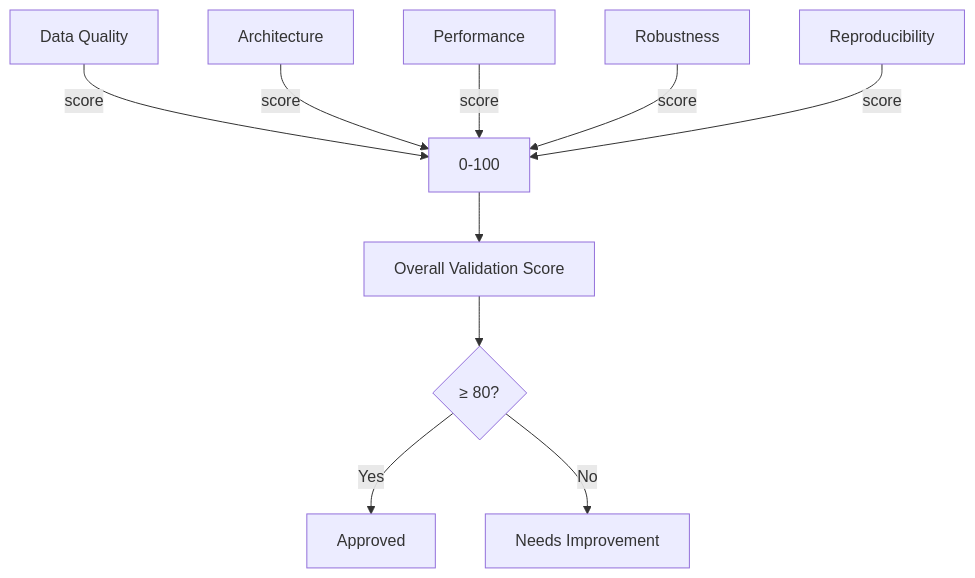
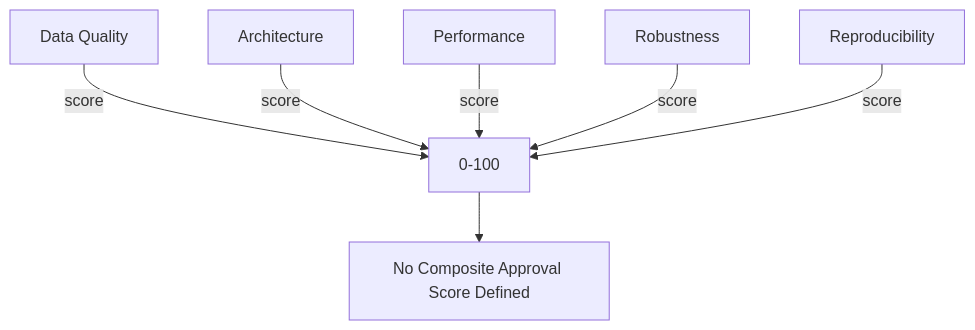
Before and after one commit to Evintkoo/2048-ml: the fifth of 7 diagrams in plans/09-Quality/02-Validation/01-model-validation.md, drawn with Mermaid. The commit also changed other lines of this file and 67 other files, not shown here.

````diff
--- a/plans/09-Quality/02-Validation/01-model-validation.md
+++ b/plans/09-Quality/02-Validation/01-model-validation.md
@@ -108,12 +96,9 @@
 ```mermaid
 graph TD
     A[Data Quality] -->|score| T1[0-100]
     B[Architecture] -->|score| T1
     C[Performance] -->|score| T1
     D[Robustness] -->|score| T1
     E[Reproducibility] -->|score| T1
-    T1 --> F[Overall Validation Score]
-    F --> G{≥ 80?}
-    G -->|Yes| H[Approved]
-    G -->|No| I[Needs Improvement]
+    T1 --> F[No Composite Approval Score Defined]
 ```
````
